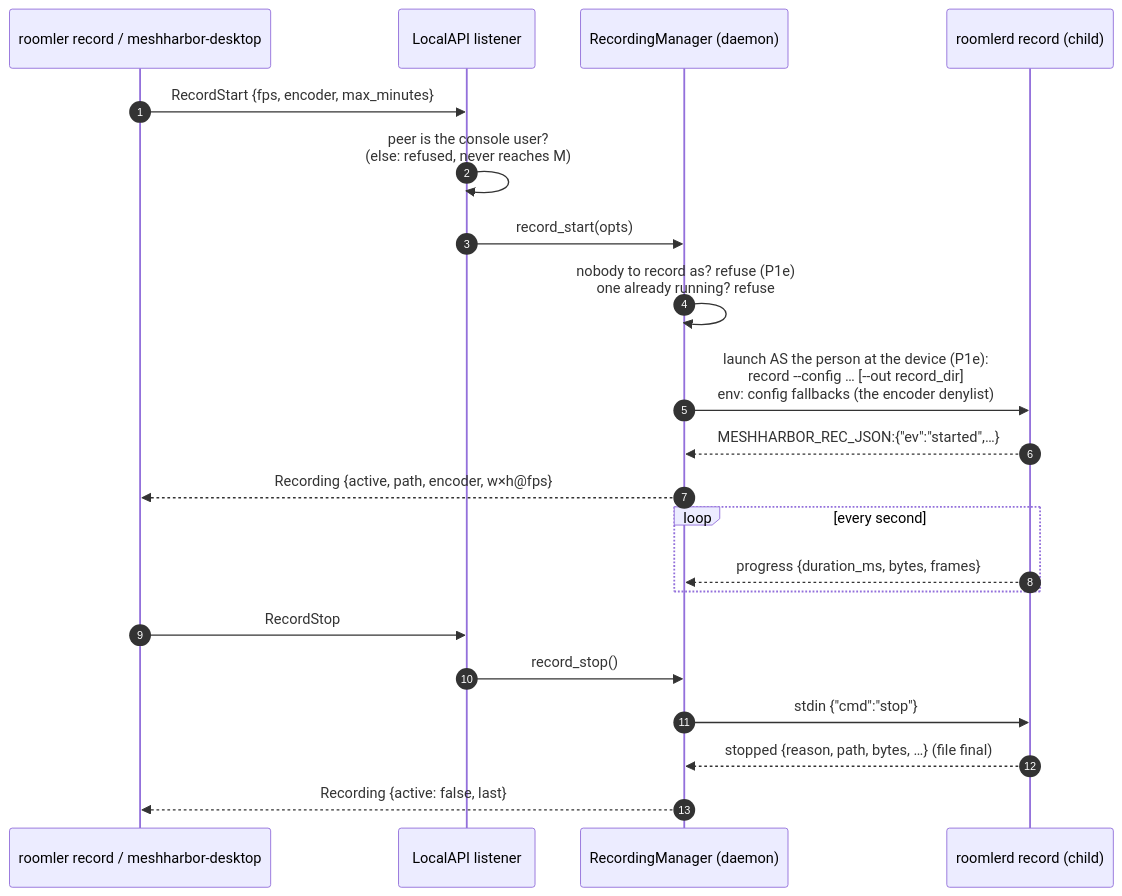
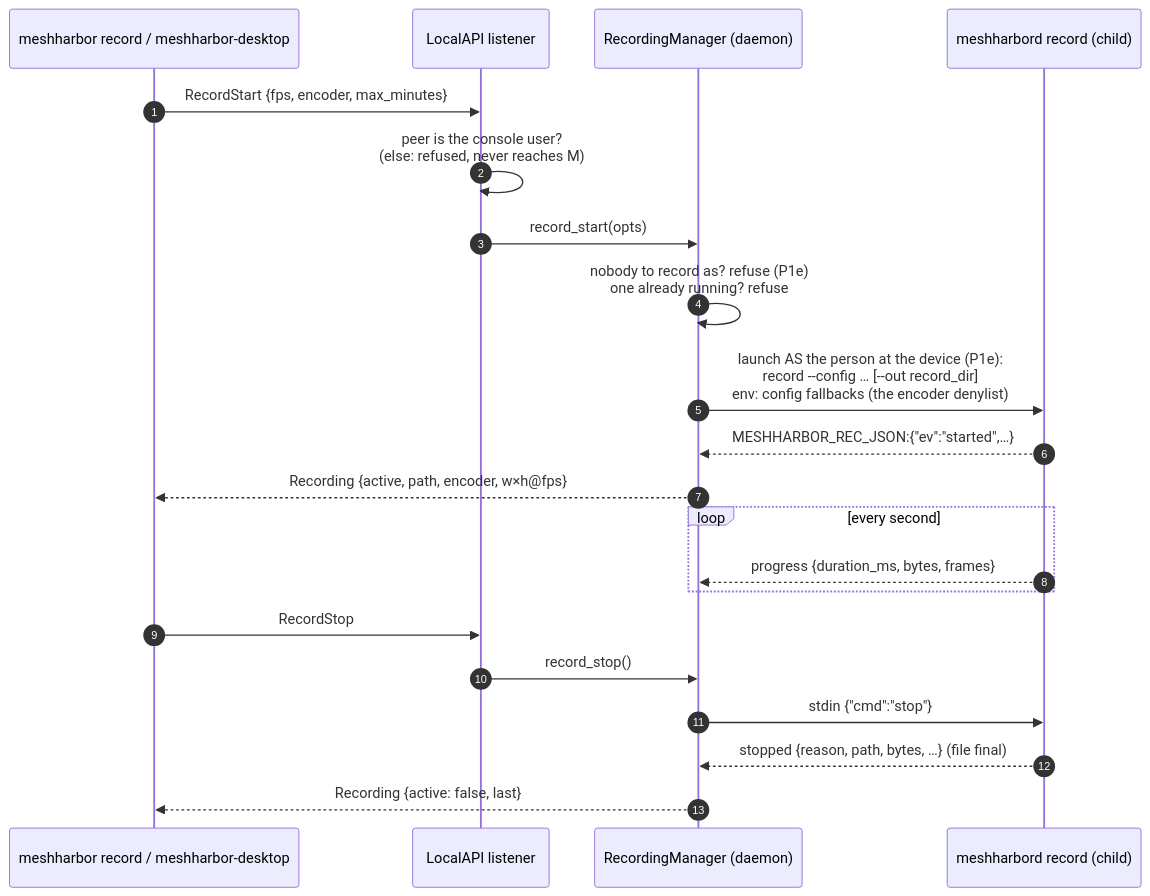
One commit to jk-zhang-meta/MeshHarbor changed the fifth of 15 diagrams in docs/recording.md. Above: the diagram before and after it, drawn with Mermaid. The commit also changed other lines of this file and 682 other files, not shown here.

````diff
--- a/docs/recording.md
+++ b/docs/recording.md
@@ -340,23 +340,23 @@
 ```mermaid
 sequenceDiagram
     autonumber
-    participant C as roomler record / meshharbor-desktop
+    participant C as meshharbor record / meshharbor-desktop
     participant L as LocalAPI listener
     participant M as RecordingManager (daemon)
-    participant R as roomlerd record (child)
+    participant R as meshharbord record (child)
     C->>L: RecordStart {fps, encoder, max_minutes}
     L->>L: peer is the console user?<br/>(else: refused, never reaches M)
     L->>M: record_start(opts)
     M->>M: nobody to record as? refuse (P1e)<br/>one already running? refuse
     M->>R: launch AS the person at the device (P1e):<br/>record --config … [--out record_dir]<br/>env: config fallbacks (the encoder denylist)
     R-->>M: MESHHARBOR_REC_JSON:{"ev":"started",…}
     M-->>C: Recording {active, path, encoder, w×h@fps}
     loop every second
         R-->>M: progress {duration_ms, bytes, frames}
     end
     C->>L: RecordStop
     L->>M: record_stop()
     M->>R: stdin {"cmd":"stop"}
     R-->>M: stopped {reason, path, bytes, …} (file final)
     M-->>C: Recording {active: false, last}
 ```
````
